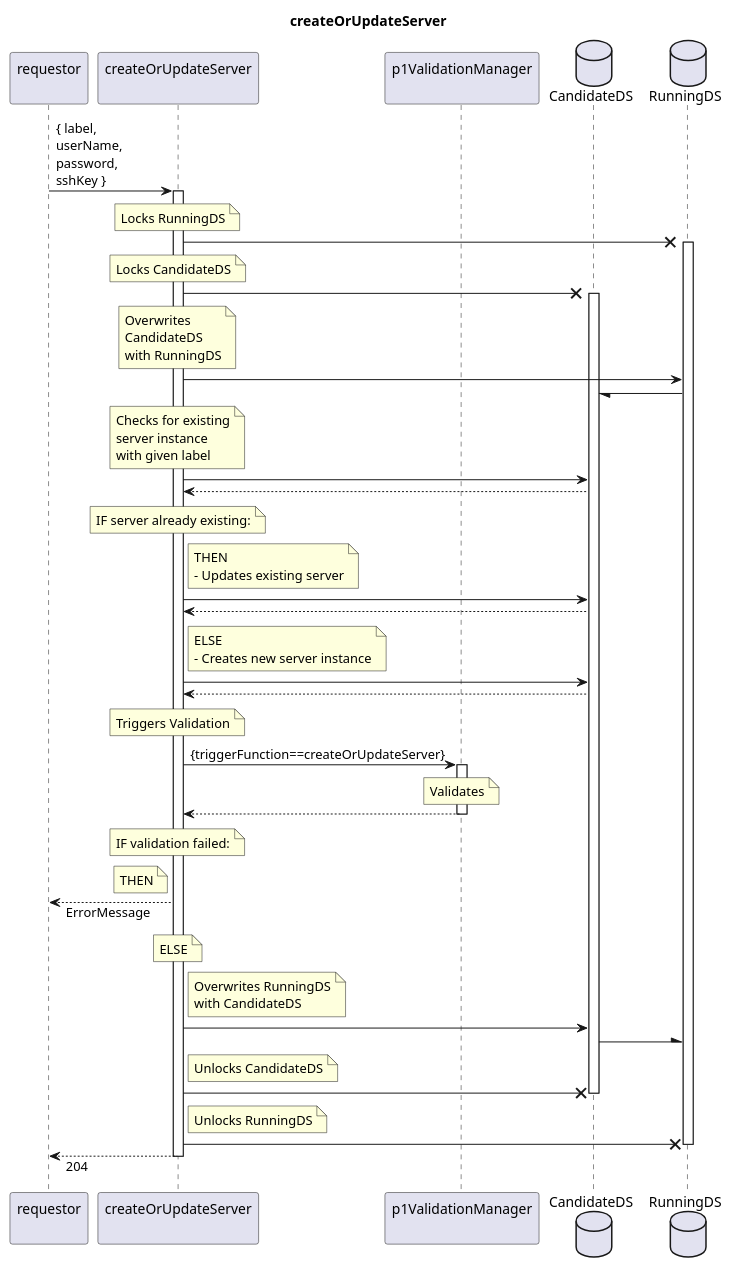
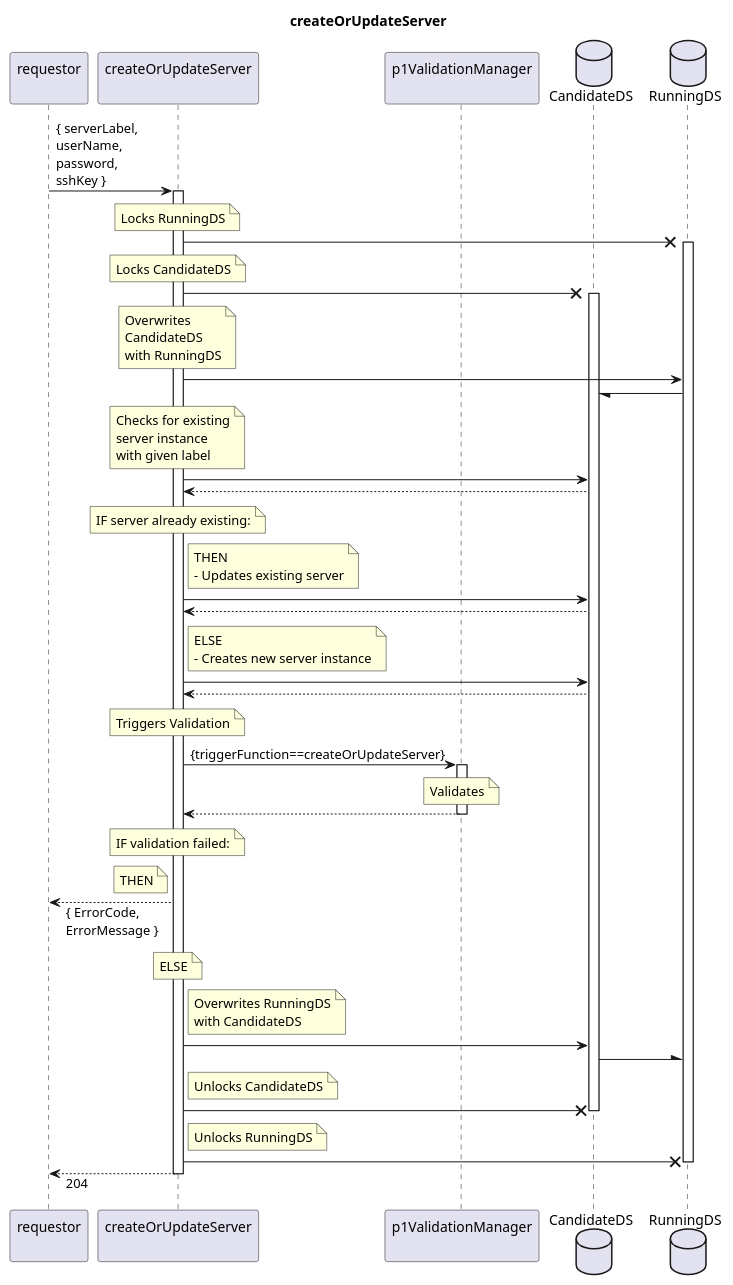
The diagram in spec/Services/createOrUpdateServer/1.0.0/createOrUpdateServer.plantuml (openBackhaul/FirmWareManager), drawn with PlantUML before and after one commit. The commit also changed 7 other files, not shown here.

```diff
--- a/spec/Services/createOrUpdateServer/1.0.0/createOrUpdateServer.plantuml
+++ b/spec/Services/createOrUpdateServer/1.0.0/createOrUpdateServer.plantuml
@@ -1,100 +1,100 @@
 @startuml createOrUpdateServer
 skinparam responseMessageBelowArrow true
 
 title
   createOrUpdateServer
 end title
 
 participant "requestor\n" as requestor
 participant "createOrUpdateServer\n" as couServer
 participant "p1ValidationManager\n" as valiMan
 database "CandidateDS" as CanDS
 database "RunningDS" as RunDS
 
-requestor -> couServer: { label,\nuserName,\npassword,\nsshKey }
+requestor -> couServer: { serverLabel,\nuserName,\npassword,\nsshKey }
 activate couServer
 
   note over couServer
     Locks RunningDS
   end note
   couServer -X RunDS
   activate RunDS
   note over couServer
     Locks CandidateDS
   end note
   couServer -X CanDS
   activate CanDS
   note over couServer
     Overwrites
     CandidateDS
     with RunningDS
   end note
   couServer -> RunDS
   RunDS -/ CanDS
 
   note over couServer
     Checks for existing
     server instance
     with given label
   end note
   couServer -> CanDS
   couServer <-- CanDS
   note over couServer
     IF server already existing:
   end note
   note right couServer
     THEN
     - Updates existing server
   end note
   couServer -> CanDS
   couServer <-- CanDS
   note right couServer
     ELSE
     - Creates new server instance
   end note
   couServer -> CanDS
   couServer <-- CanDS
 
   note over couServer
     Triggers Validation
   end note
   couServer -> valiMan: {triggerFunction==createOrUpdateServer}
   activate valiMan
     note over valiMan
       Validates
     end note
   couServer <-- valiMan
   deactivate valiMan
   note over couServer
     IF validation failed:
   end note
   note left couServer
     THEN
   end note
-  requestor <-- couServer: ErrorMessage
+  requestor <-- couServer: { ErrorCode,\nErrorMessage }
   note over couServer
     ELSE
   end note
 
   note right couServer
     Overwrites RunningDS
     with CandidateDS
   end note
   couServer -> CanDS
   CanDS -\ RunDS
   note right couServer
     Unlocks CandidateDS
   end note
   couServer -X CanDS
   deactivate CanDS
   note right couServer
     Unlocks RunningDS
   end note
   couServer -X RunDS
   deactivate RunDS
 
   requestor <-- couServer: 204
 
 deactivate couServer
 
 @enduml
```
